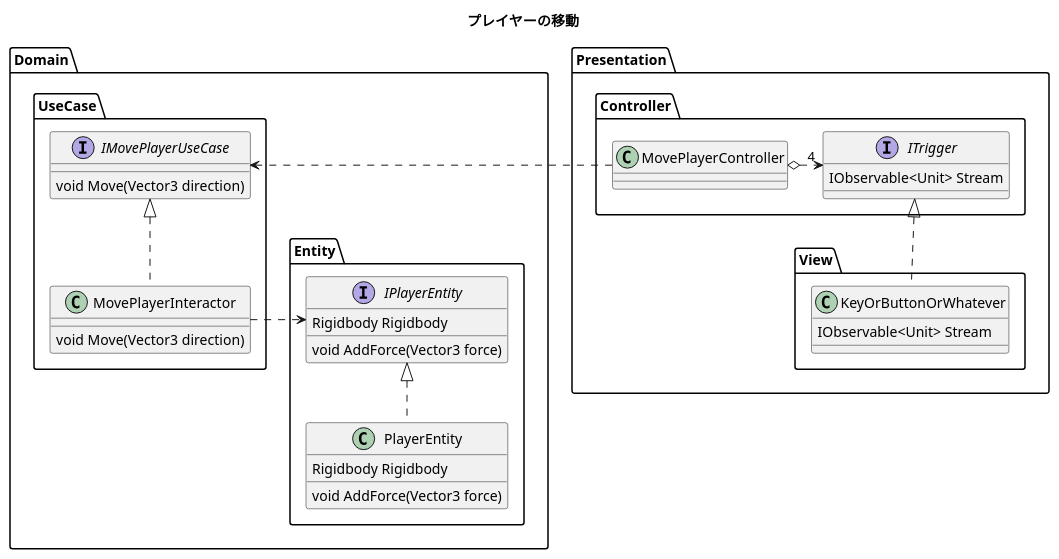
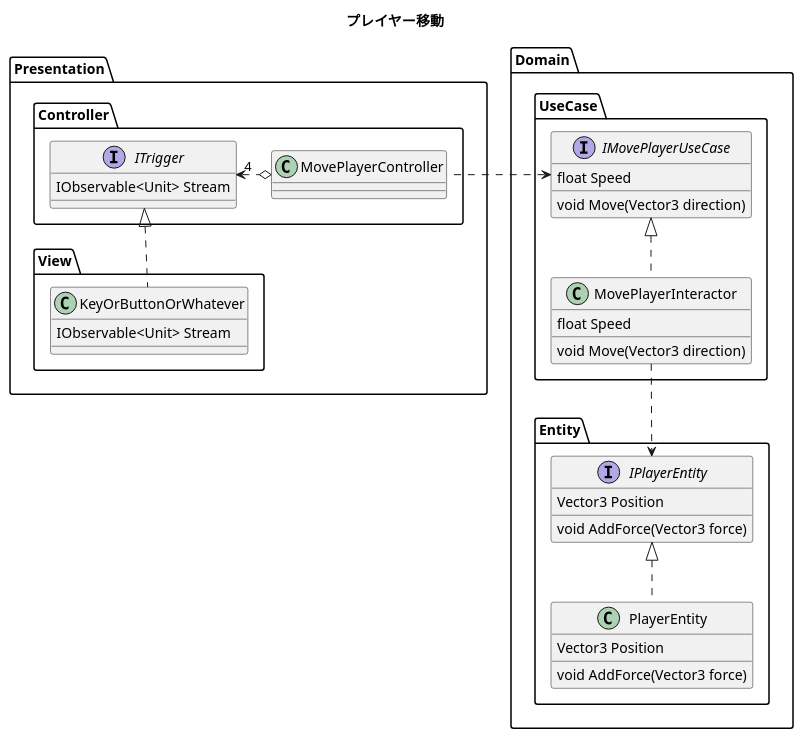
The diagram in doc/move-player.puml (mtmt/study-cafu-roll-a-ball), drawn with PlantUML before and after one commit.

Commit message:
「プレイヤー移動」クラス図の修正

```diff
--- a/doc/move-player.puml
+++ b/doc/move-player.puml
@@ -1,51 +1,53 @@
 @startuml
 
-title プレイヤーの移動
+title プレイヤー移動
 
 package Domain {
     package Entity {
         interface IPlayerEntity {
-            Rigidbody Rigidbody
+            Vector3 Position
             void AddForce(Vector3 force)
         }
         class PlayerEntity {
-            Rigidbody Rigidbody
+            Vector3 Position
             void AddForce(Vector3 force)
         }
     }
     package UseCase {
         interface IMovePlayerUseCase {
+            float Speed
             void Move(Vector3 direction)
         }
         class MovePlayerInteractor {
+            float Speed
             void Move(Vector3 direction)
         }
     }
 }
 package Presentation {
     package Controller {
         interface ITrigger {
             IObservable<Unit> Stream
         }
         class MovePlayerController {
         }
     }
     package View {
         class KeyOrButtonOrWhatever {
             IObservable<Unit> Stream
         }
     }
 }
 
 IPlayerEntity <|.. PlayerEntity
 
 IMovePlayerUseCase <|.. MovePlayerInteractor
-MovePlayerInteractor .> IPlayerEntity
+MovePlayerInteractor ..> IPlayerEntity
 
-MovePlayerController o.> "4" ITrigger
-MovePlayerController .> IMovePlayerUseCase
+MovePlayerController o.left.> "4" ITrigger
+MovePlayerController .left.> IMovePlayerUseCase
 
 ITrigger <|.. KeyOrButtonOrWhatever
 
 
 @enduml
```
